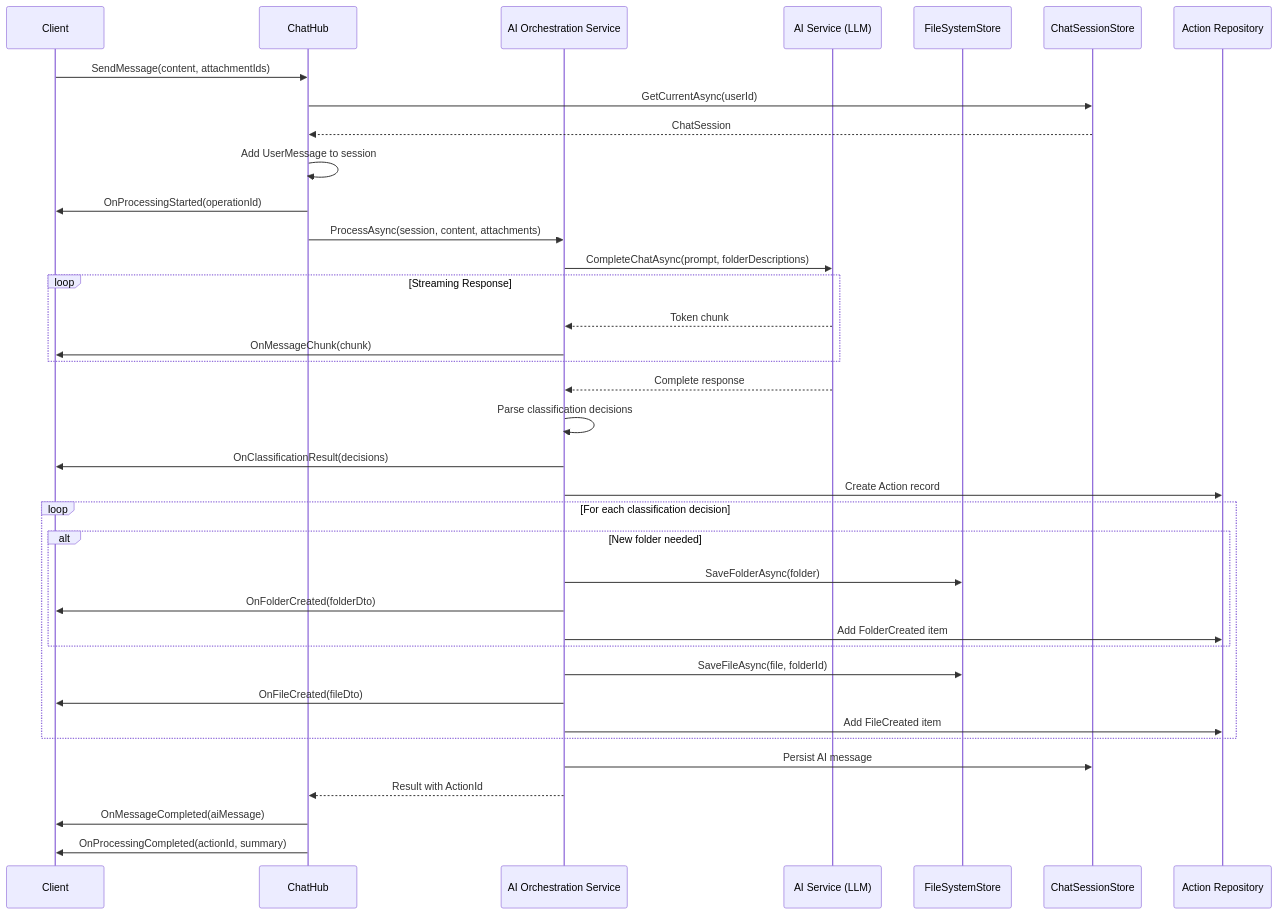
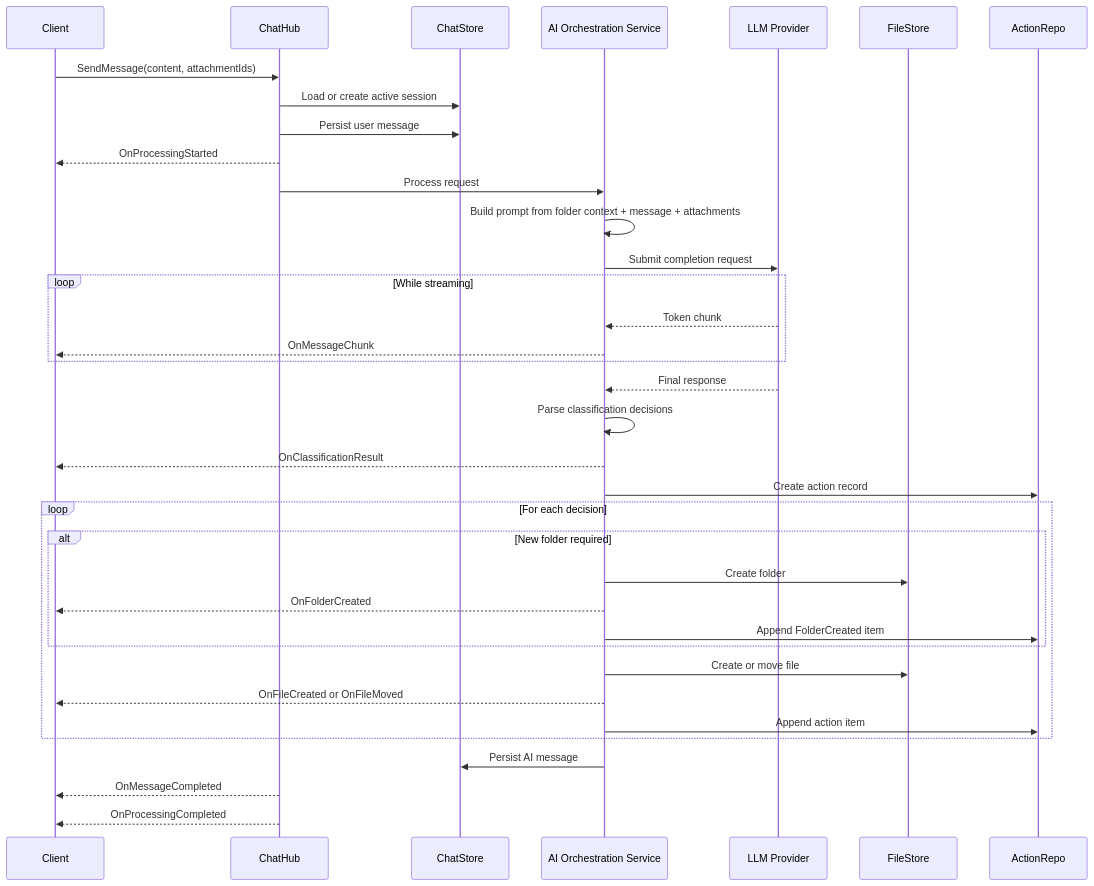
The first of 4 diagrams in docs/agents/API_ARCHITECTURE.md (BarminGeorge/ShuKnow), drawn with Mermaid before and after one commit. The commit also changed other lines of this file and 3 other files, not shown here.

Commit message:
docs: update openapi/asyncapi and reduce API_ARCHITECTURE content

````diff
--- a/docs/agents/API_ARCHITECTURE.md
+++ b/docs/agents/API_ARCHITECTURE.md
@@ -435,49 +36,46 @@
 ```mermaid
 sequenceDiagram
     participant Client
     participant ChatHub
+    participant ChatStore
     participant AIOrch as AI Orchestration Service
-    participant AI as AI Service (LLM)
-    participant FSS as FileSystemStore
-    participant CSS as ChatSessionStore
-    participant ActionRepo as Action Repository
+    participant AI as LLM Provider
+    participant FileStore
+    participant ActionRepo
 
     Client->>ChatHub: SendMessage(content, attachmentIds)
-    ChatHub->>CSS: GetCurrentAsync(userId)
-    CSS-->>ChatHub: ChatSession
+    ChatHub->>ChatStore: Load or create active session
+    ChatHub->>ChatStore: Persist user message
+    ChatHub-->>Client: OnProcessingStarted
 
-    ChatHub->>ChatHub: Add UserMessage to session
-    ChatHub->>Client: OnProcessingStarted(operationId)
+    ChatHub->>AIOrch: Process request
+    AIOrch->>AIOrch: Build prompt from folder context + message + attachments
+    AIOrch->>AI: Submit completion request
 
-    ChatHub->>AIOrch: ProcessAsync(session, content, attachments)
-
-    AIOrch->>AI: CompleteChatAsync(prompt, folderDescriptions)
-
-    loop Streaming Response
+    loop While streaming
         AI-->>AIOrch: Token chunk
-        AIOrch->>Client: OnMessageChunk(chunk)
+        AIOrch-->>Client: OnMessageChunk
     end
 
-    AI-->>AIOrch: Complete response
+    AI-->>AIOrch: Final response
     AIOrch->>AIOrch: Parse classification decisions
-    AIOrch->>Client: OnClassificationResult(decisions)
+    AIOrch-->>Client: OnClassificationResult
 
-    AIOrch->>ActionRepo: Create Action record
+    AIOrch->>ActionRepo: Create action record
 
-    loop For each classification decision
-        alt New folder needed
-            AIOrch->>FSS: SaveFolderAsync(folder)
-            AIOrch->>Client: OnFolderCreated(folderDto)
-            AIOrch->>ActionRepo: Add FolderCreated item
+    loop For each decision
+        alt New folder required
+            AIOrch->>FileStore: Create folder
+            AIOrch-->>Client: OnFolderCreated
+            AIOrch->>ActionRepo: Append FolderCreated item
         end
-        AIOrch->>FSS: SaveFileAsync(file, folderId)
-        AIOrch->>Client: OnFileCreated(fileDto)
-        AIOrch->>ActionRepo: Add FileCreated item
+
+        AIOrch->>FileStore: Create or move file
+        AIOrch-->>Client: OnFileCreated or OnFileMoved
+        AIOrch->>ActionRepo: Append action item
     end
 
-    AIOrch->>CSS: Persist AI message
-    AIOrch-->>ChatHub: Result with ActionId
-
-    ChatHub->>Client: OnMessageCompleted(aiMessage)
-    ChatHub->>Client: OnProcessingCompleted(actionId, summary)
+    AIOrch->>ChatStore: Persist AI message
+    ChatHub-->>Client: OnMessageCompleted
+    ChatHub-->>Client: OnProcessingCompleted
 ```
````
